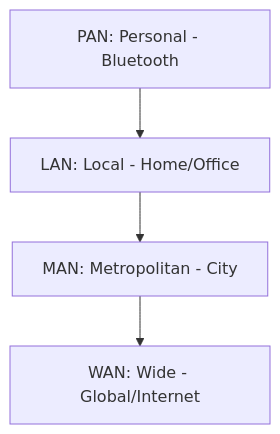
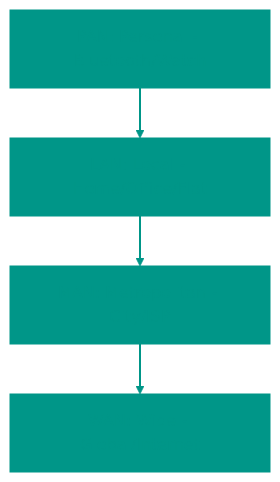
One commit to IBraveMonkey/data_structure-algorithms changed the diagram in eng/computer_science/03_networking/00_Computer_Networking_Basics.md. Above: the diagram before and after it, drawn with Mermaid. The commit also changed other lines of this file and 772 other files, not shown here.

````diff
--- a/eng/computer_science/03_networking/00_Computer_Networking_Basics.md
+++ b/eng/computer_science/03_networking/00_Computer_Networking_Basics.md
@@ -18,11 +34,20 @@
 ```mermaid
+%%{init: { 'theme': 'base', 'themeVariables': { 'lineColor': '#009688', 'primaryColor': '#009688', 'primaryTextColor': '#009688', 'attributeBkg': '#009688', 'attributeTextColor': '#009688', 'signalColor': '#009688', 'actorLineColor': '#009688', 'nodeBorder': '#009688', 'clusterBorder': '#009688', 'textColor': '#009688', 'fontSize': '16px' } } }%%
 graph TD
-    PAN[PAN: Personal - Bluetooth]
-    LAN[LAN: Local - Home/Office]
-    MAN[MAN: Metropolitan - City]
+    PAN[PAN: Personal - Bluetooth/Watch]
+    LAN[LAN: Local - Home/Office/Flat]
+    MAN[MAN: Metropolitan - City/ISP]
     WAN[WAN: Wide - Global/Internet]
     
     PAN --> LAN
     LAN --> MAN
     MAN --> WAN
+
+
+
+linkStyle default stroke:#009688,stroke-width:2px;
+
+
+
+
 ```
````
